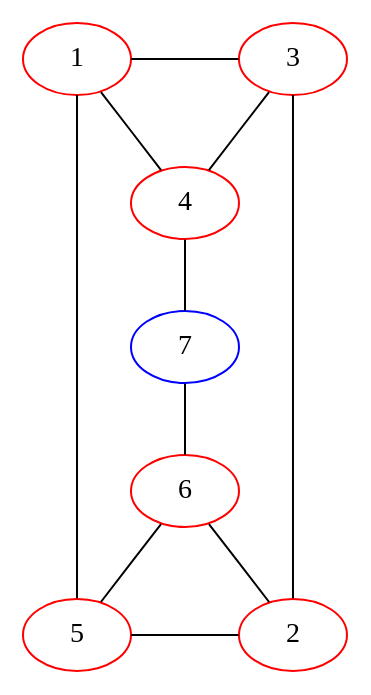
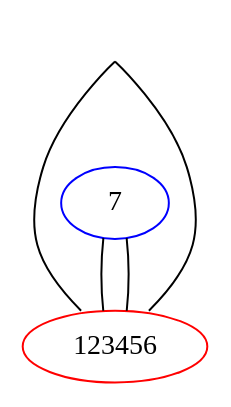
Before and after one commit to bilboquet/gamelib: the diagram in sprouts/start_2_nodes_reduced/111121.dot, drawn with Graphviz. The commit also changed 10 other files, not shown here.

```diff
--- a/sprouts/start_2_nodes_reduced/111121.dot
+++ b/sprouts/start_2_nodes_reduced/111121.dot
@@ -1,33 +1,14 @@
 graph {
-
-  1 -- 4 -- 3 -- 2;
-  1 -- 3 [minlen=3];
-  1 -- 5 ;
-  5 -- 2 [minlen=3];
-  5 -- 6 -- 2;
-  4 -- 7 -- 6 [weight=2];
-
+  X -- 123456:nw [tailclip="false"];
+  X -- 123456:ne [tailclip="false"];
+  X -- 7 [style="invis"];
+  7 -- 123456 [weight=2];
+  7 -- 123456 [weight=2];
   {
-    rank="same";
-    1;
-    3;
-
+    rank="sink";
+    123456;
   }
-
-
-  {
-    rank="same";
-    2;
-    5;
-
-  }
-
-  1 [color="red"];
-  2 [color="red"];
-  3 [color="red"];
-  4 [color="red"];
-  5 [color="red"];
-  6 [color="red"];
+  123456 [color="red"];
   7 [color="blue"];
-
+  X [style="invis"];
 }
```
